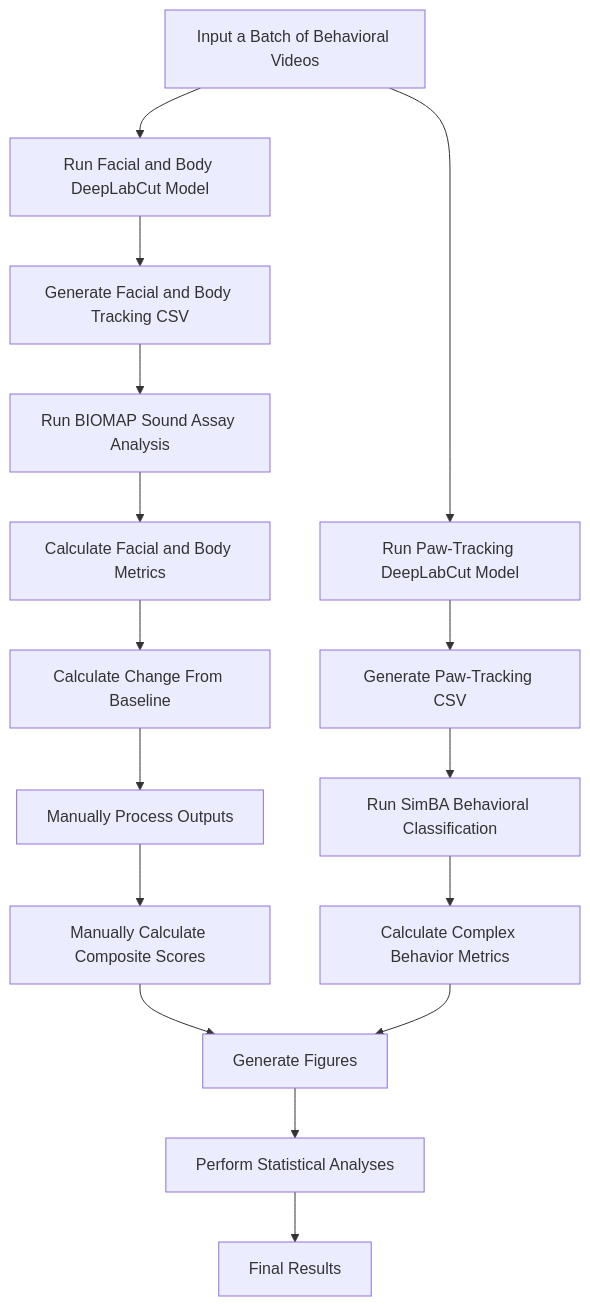
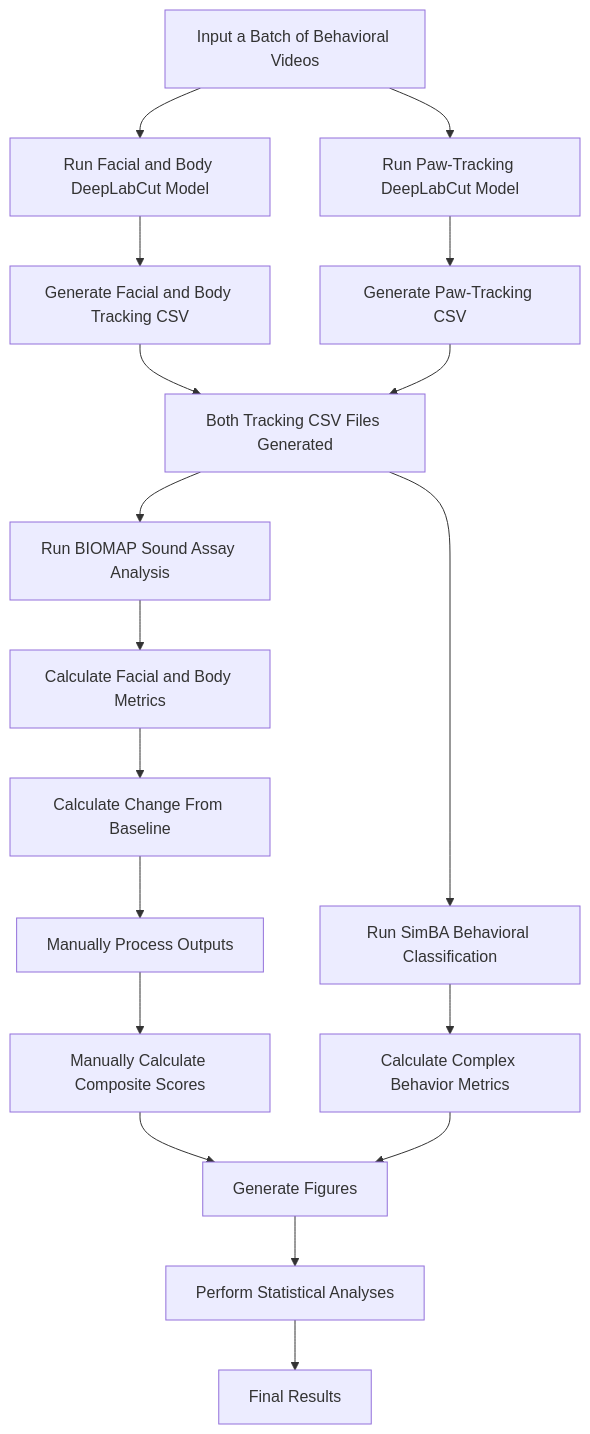
The diagram in docs/CURRENT_WORKFLOW.md (amynconner19/teaching-ai-to-read-mouse-behavior), drawn with Mermaid before and after one commit.

````diff
--- a/docs/CURRENT_WORKFLOW.md
+++ b/docs/CURRENT_WORKFLOW.md
@@ -15,34 +15,37 @@
 ```mermaid
 flowchart TD
     A["Input a Batch of Behavioral Videos"]
     B["Run Facial and Body DeepLabCut Model"]
     C["Run Paw-Tracking DeepLabCut Model"]
     D["Generate Facial and Body Tracking CSV"]
     E["Generate Paw-Tracking CSV"]
-    F["Run BIOMAP Sound Assay Analysis"]
-    G["Run SimBA Behavioral Classification"]
-    H["Calculate Facial and Body Metrics"]
-    I["Calculate Complex Behavior Metrics"]
-    J["Calculate Change From Baseline"]
-    K["Manually Process Outputs"]
-    L["Manually Calculate Composite Scores"]
-    M["Generate Figures"]
-    N["Perform Statistical Analyses"]
-    O["Final Results"]
+    F["Both Tracking CSV Files Generated"]
+    G["Run BIOMAP Sound Assay Analysis"]
+    H["Run SimBA Behavioral Classification"]
+    I["Calculate Facial and Body Metrics"]
+    J["Calculate Complex Behavior Metrics"]
+    K["Calculate Change From Baseline"]
+    L["Manually Process Outputs"]
+    M["Manually Calculate Composite Scores"]
+    N["Generate Figures"]
+    O["Perform Statistical Analyses"]
+    P["Final Results"]
 
     A --> B
     A --> C
     B --> D
     C --> E
     D --> F
-    E --> G
+    E --> F
+    F --> G
     F --> H
     G --> I
     H --> J
-    J --> K
+    I --> K
     K --> L
     L --> M
-    I --> M
     M --> N
+    J --> N
     N --> O
+    O --> P
 ```
````
